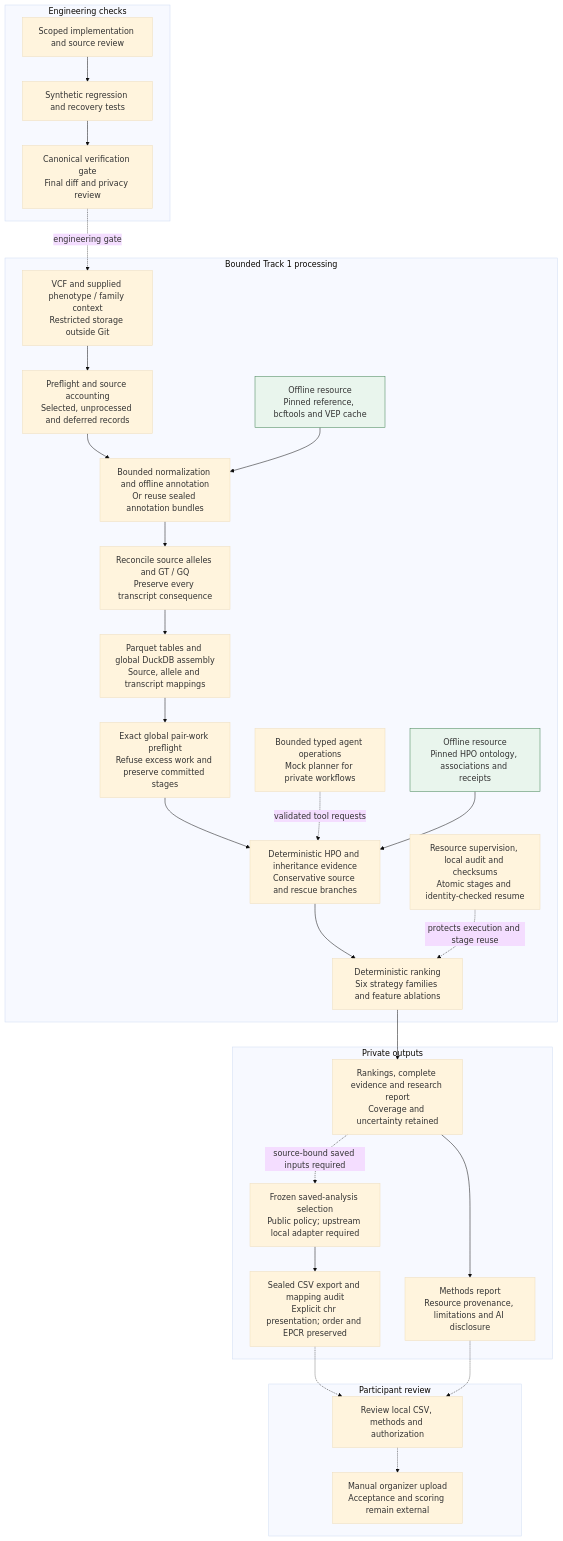
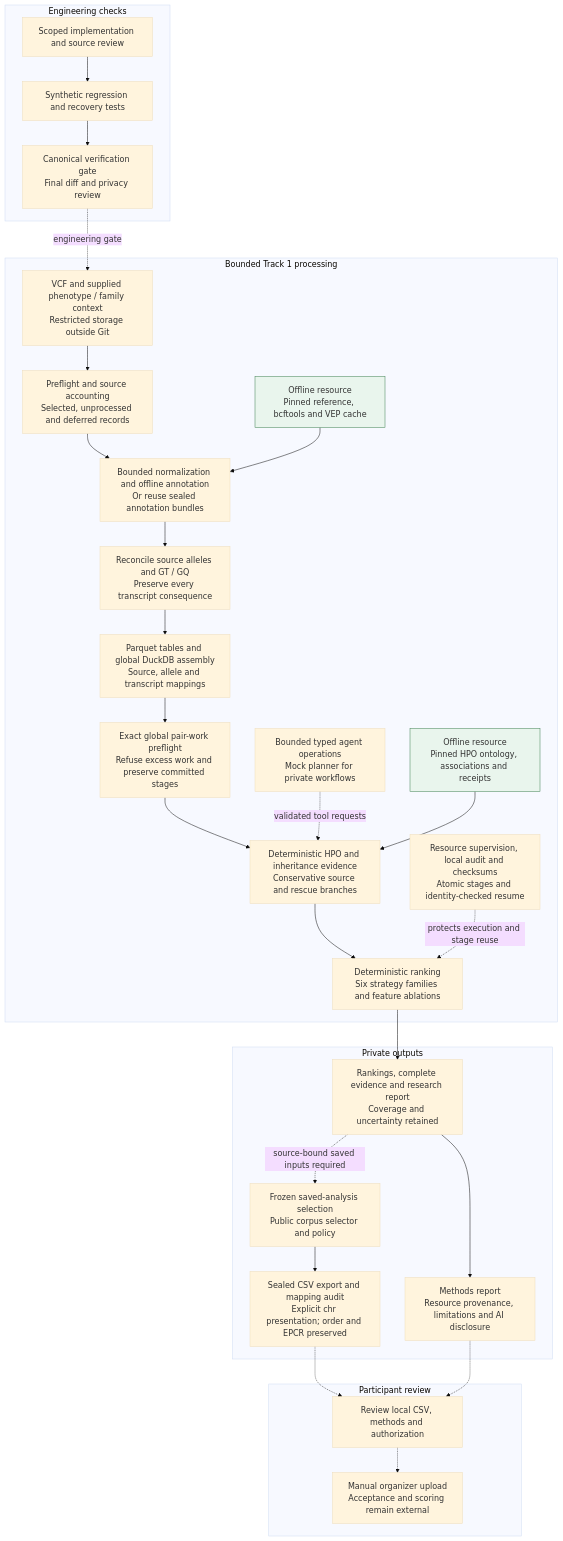
Before and after one commit to haochen8/Automated-Open-Source-Rare-Disease-AI-Agent-System: the diagram in README.md, drawn with Mermaid (base theme). The commit also changed other lines of this file and 14 other files, not shown here.

Commit message:
Make Track 1 saved-analysis selection reproducible

````diff
--- a/README.md
+++ b/README.md
@@ -24,52 +24,53 @@
 ```mermaid
 flowchart TB
     subgraph ENG["Engineering checks"]
         E1["Scoped implementation and source review"]
         E2["Synthetic regression and recovery tests"]
         E3["Canonical verification gate<br/>Final diff and privacy review"]
         E1 --> E2 --> E3
     end
 
     subgraph PIPE["Bounded Track 1 processing"]
         R1["Offline resource<br/>Pinned reference, bcftools and VEP cache"]
         R2["Offline resource<br/>Pinned HPO ontology, associations and receipts"]
         P1["VCF and supplied phenotype / family context<br/>Restricted storage outside Git"]
         P2["Preflight and source accounting<br/>Selected, unprocessed and deferred records"]
         P3["Bounded normalization and offline annotation<br/>Or reuse sealed annotation bundles"]
         P4["Reconcile source alleles and GT / GQ<br/>Preserve every transcript consequence"]
         P5["Parquet tables and global DuckDB assembly<br/>Source, allele and transcript mappings"]
         P6["Exact global pair-work preflight<br/>Refuse excess work and preserve committed stages"]
         P7["Deterministic HPO and inheritance evidence<br/>Conservative source and rescue branches"]
         P8["Deterministic ranking<br/>Six strategy families and feature ablations"]
         P1 --> P2 --> P3 --> P4 --> P5 --> P6 --> P7 --> P8
         C["Bounded typed agent operations<br/>Mock planner for private workflows"]
         C -. "validated tool requests" .-> P7
         J["Resource supervision, local audit and checksums<br/>Atomic stages and identity-checked resume"]
         J -. "protects execution and stage reuse" .-> P8
     end
 
     subgraph OUT["Private outputs"]
         O1["Rankings, complete evidence and research report<br/>Coverage and uncertainty retained"]
-        O2["Frozen saved-analysis selection<br/>Public policy; upstream local adapter required"]
+        O2["Frozen saved-analysis selection<br/>Public corpus selector and policy"]
         O3["Sealed CSV export and mapping audit<br/>Explicit chr presentation; order and EPCR preserved"]
         O4["Methods report<br/>Resource provenance, limitations and AI disclosure"]
         O1 -. "source-bound saved inputs required" .-> O2
         O2 --> O3
         O1 --> O4
     end
 
     subgraph PENDING["Participant review"]
         H1["Review local CSV, methods and authorization"]
         H2["Manual organizer upload<br/>Acceptance and scoring remain external"]
         H1 -.-> H2
     end
 
     E3 -. "engineering gate" .-> P1
     R1 --> P3
     R2 --> P7
     P8 --> O1
     O3 -.-> H1
     O4 -.-> H1
     classDef resource fill:#e9f5ed,stroke:#3f8051
     class R1,R2 resource
+    click O2 "scripts/track1_select.py" "Public saved-analysis selector"
 ```
````
